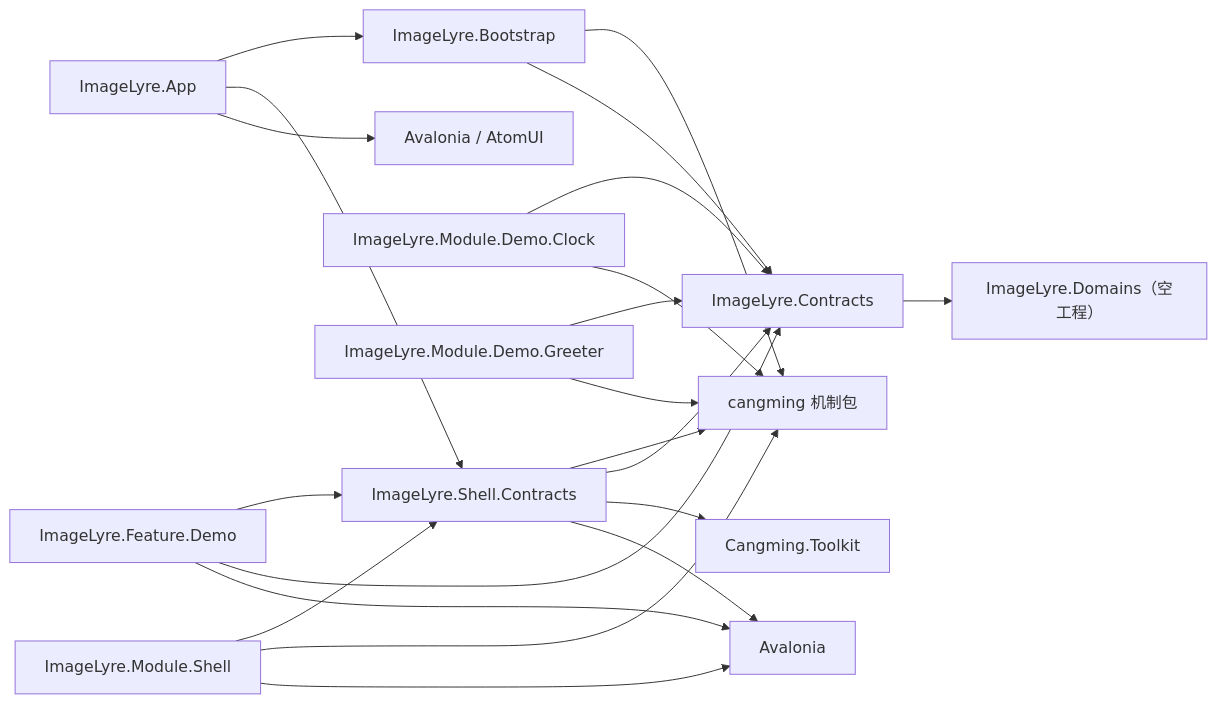
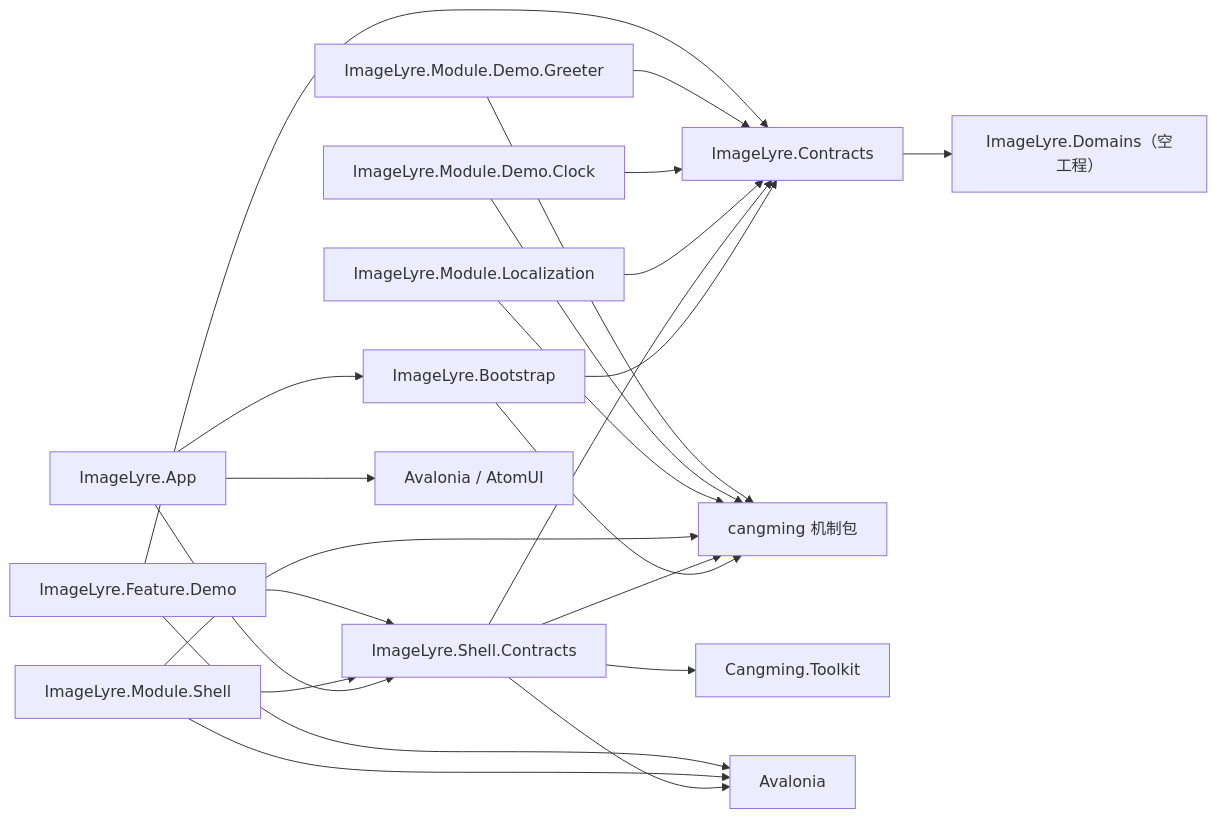
Before and after one commit to xknife-erian/ImageLyre: the first of 2 diagrams in docs/design/lukan/DESIGN-0001-M1-插件骨架.md, drawn with Mermaid. The commit also changed other lines of this file, not shown here.

````diff
--- a/docs/design/lukan/DESIGN-0001-M1-插件骨架.md
+++ b/docs/design/lukan/DESIGN-0001-M1-插件骨架.md
@@ -64,33 +66,36 @@
 ```mermaid
 flowchart LR
     BOOT["ImageLyre.Bootstrap"]
     APP["ImageLyre.App"]
     SC["ImageLyre.Shell.Contracts"]
     DC["ImageLyre.Contracts"]
     DN["ImageLyre.Domains（空工程）"]
     MS["ImageLyre.Module.Shell"]
+    ML["ImageLyre.Module.Localization"]
     MC["ImageLyre.Module.Demo.Clock"]
     MG["ImageLyre.Module.Demo.Greeter"]
     FD["ImageLyre.Feature.Demo"]
 
     APP --> BOOT
     APP --> SC
     APP --> AV["Avalonia / AtomUI"]
     BOOT --> CM["cangming 机制包"]
     BOOT --> DC
     SC --> CM
     SC --> DC
     DC --> DN
     SC --> TK["Cangming.Toolkit"]
     SC --> AVL["Avalonia"]
     MS --> SC
     MS --> CM
     MS --> AVL
+    ML --> DC
+    ML --> CM
     MC --> DC
     MC --> CM
     MG --> DC
     MG --> CM
     FD --> SC
     FD --> DC
     FD --> AVL
 ```
````
